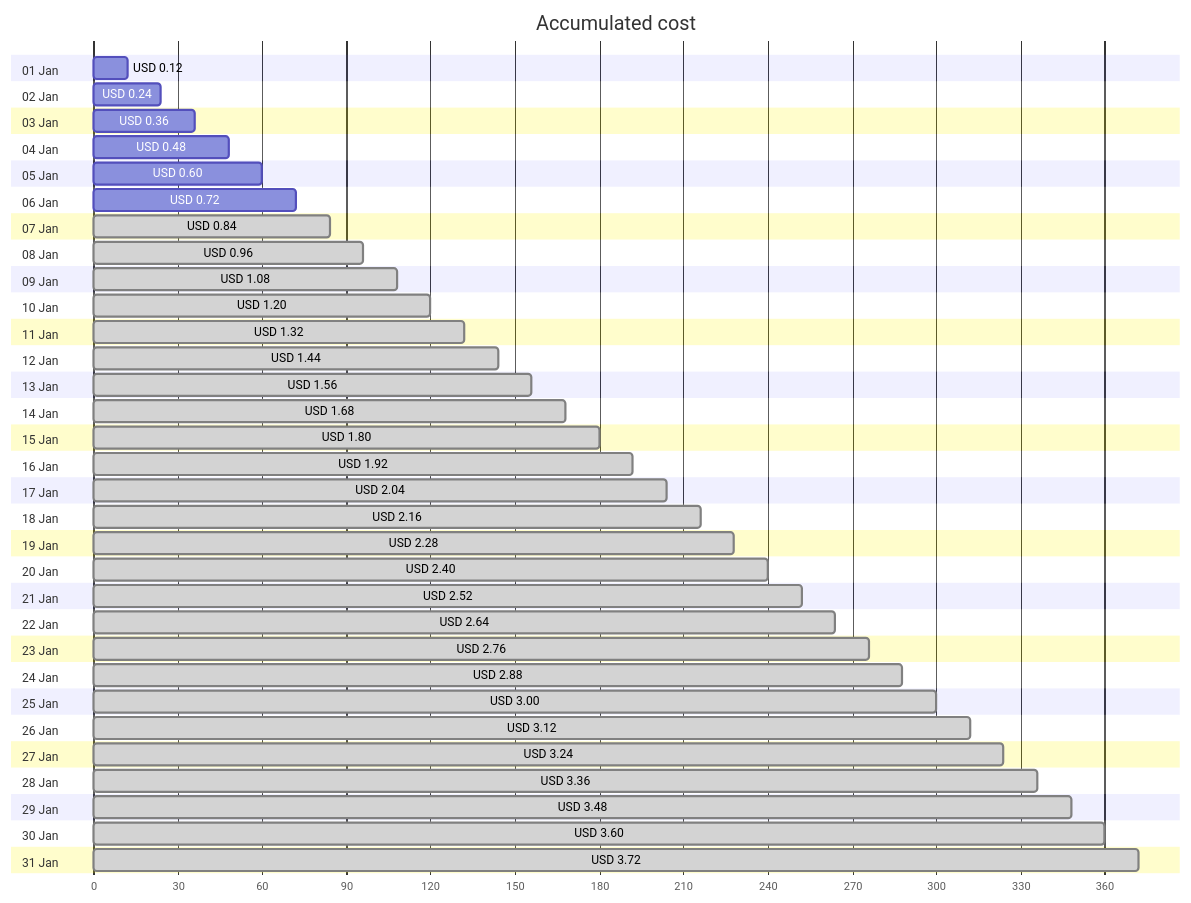
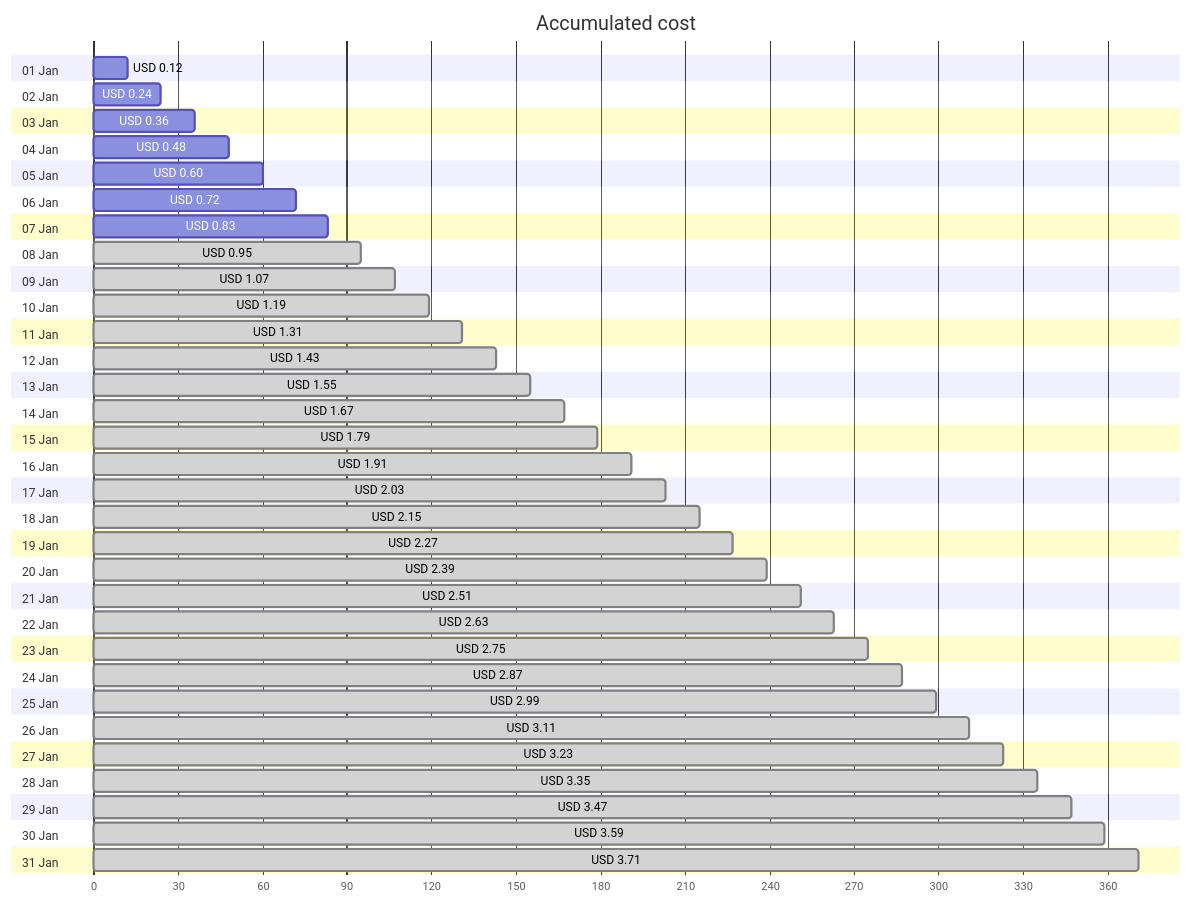
The first of 4 diagrams in cost-reports/personal-network/backup-server-public-ip.md (jpfulton/azure-personal-reports), drawn with Mermaid before and after one commit. The commit also changed other lines of this file and 8 other files, not shown here.

````diff
--- a/cost-reports/personal-network/backup-server-public-ip.md
+++ b/cost-reports/personal-network/backup-server-public-ip.md
@@ -20,68 +20,68 @@
 ```mermaid
 gantt
    title Accumulated cost
    dateFormat  X
    axisFormat %s
    section 01 Jan
    USD 0.12 :0, 12
    section 02 Jan
    USD 0.24 :0, 24
    section 03 Jan
    USD 0.36 :0, 36
    section 04 Jan
    USD 0.48 :0, 48
    section 05 Jan
    USD 0.60 :0, 60
    section 06 Jan
    USD 0.72 :0, 72
    section 07 Jan
-   USD 0.84 : done, 0, 84
+   USD 0.83 :0, 83
    section 08 Jan
-   USD 0.96 : done, 0, 96
+   USD 0.95 : done, 0, 95
    section 09 Jan
-   USD 1.08 : done, 0, 108
+   USD 1.07 : done, 0, 107
    section 10 Jan
-   USD 1.20 : done, 0, 120
+   USD 1.19 : done, 0, 119
    section 11 Jan
-   USD 1.32 : done, 0, 132
+   USD 1.31 : done, 0, 131
    section 12 Jan
-   USD 1.44 : done, 0, 144
+   USD 1.43 : done, 0, 143
    section 13 Jan
-   USD 1.56 : done, 0, 156
+   USD 1.55 : done, 0, 155
    section 14 Jan
-   USD 1.68 : done, 0, 168
+   USD 1.67 : done, 0, 167
    section 15 Jan
-   USD 1.80 : done, 0, 180
+   USD 1.79 : done, 0, 179
    section 16 Jan
-   USD 1.92 : done, 0, 192
+   USD 1.91 : done, 0, 191
    section 17 Jan
-   USD 2.04 : done, 0, 204
+   USD 2.03 : done, 0, 203
    section 18 Jan
-   USD 2.16 : done, 0, 216
+   USD 2.15 : done, 0, 215
    section 19 Jan
-   USD 2.28 : done, 0, 228
+   USD 2.27 : done, 0, 227
    section 20 Jan
-   USD 2.40 : done, 0, 240
+   USD 2.39 : done, 0, 239
    section 21 Jan
-   USD 2.52 : done, 0, 252
+   USD 2.51 : done, 0, 251
    section 22 Jan
-   USD 2.64 : done, 0, 264
+   USD 2.63 : done, 0, 263
    section 23 Jan
-   USD 2.76 : done, 0, 276
+   USD 2.75 : done, 0, 275
    section 24 Jan
-   USD 2.88 : done, 0, 288
+   USD 2.87 : done, 0, 287
    section 25 Jan
-   USD 3.00 : done, 0, 300
+   USD 2.99 : done, 0, 299
    section 26 Jan
-   USD 3.12 : done, 0, 312
+   USD 3.11 : done, 0, 311
    section 27 Jan
-   USD 3.24 : done, 0, 324
+   USD 3.23 : done, 0, 323
    section 28 Jan
-   USD 3.36 : done, 0, 336
+   USD 3.35 : done, 0, 335
    section 29 Jan
-   USD 3.48 : done, 0, 348
+   USD 3.47 : done, 0, 347
    section 30 Jan
-   USD 3.60 : done, 0, 360
+   USD 3.59 : done, 0, 359
    section 31 Jan
-   USD 3.72 : done, 0, 372
+   USD 3.71 : done, 0, 371
 ```
````
